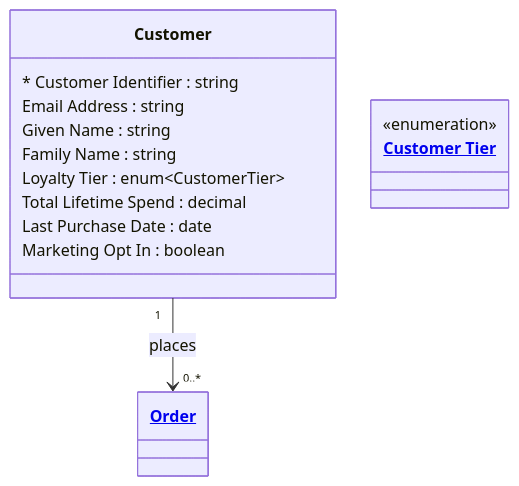
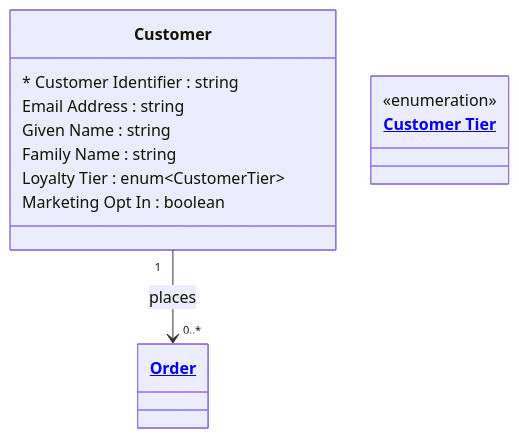
One commit to Semprini/md-ddl changed the diagram in examples/Retail Sales/entities/customer.md. Above: the diagram before and after it, drawn with Mermaid. The commit also changed other lines of this file and 14 other files, not shown here.

````diff
--- a/examples/Retail Sales/entities/customer.md
+++ b/examples/Retail Sales/entities/customer.md
@@ -11,22 +11,20 @@
 ```mermaid
 ---
 config:
   layout: elk
 ---
 classDiagram
   class Customer{
     * Customer Identifier : string
     Email Address : string
     Given Name : string
     Family Name : string
     Loyalty Tier : enum~CustomerTier~
-    Total Lifetime Spend : decimal
-    Last Purchase Date : date
     Marketing Opt In : boolean
   }
 
   Customer "1" --> "0..*" Order : places
 
   class CustomerTier["<a href='../enums.md#customer-tier'>Customer Tier</a>"]{<<enumeration>>}
   class Order["<a href='order.md'>Order</a>"]
 ```
````
